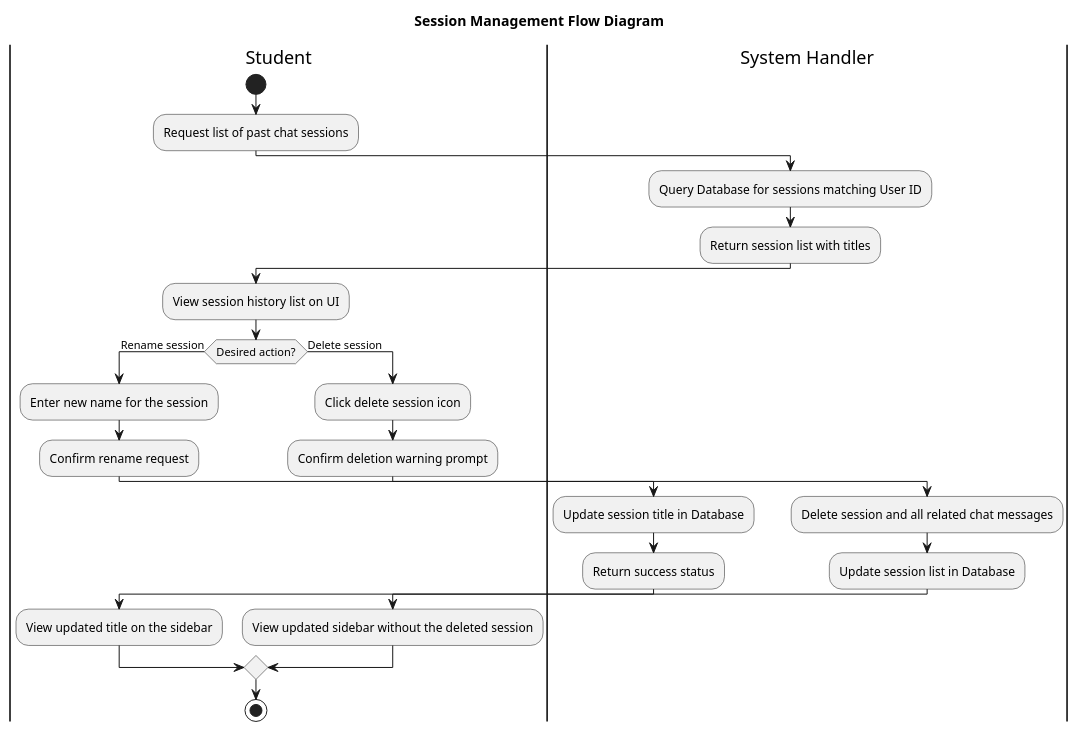
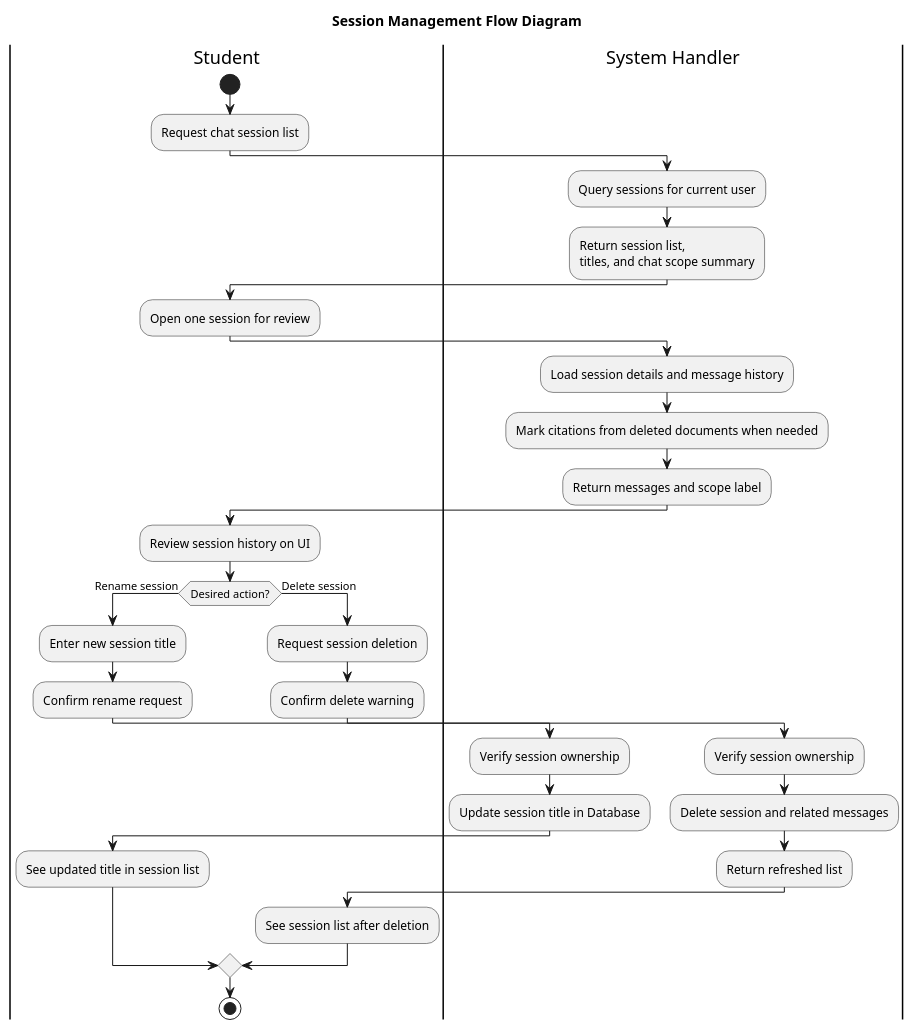
Before and after one commit to lgdlong/chatbot-rag-fptu: the diagram in docs/srs/flow-session-management.en.puml, drawn with PlantUML. The commit also changed 19 other files, not shown here.

```diff
--- a/docs/srs/flow-session-management.en.puml
+++ b/docs/srs/flow-session-management.en.puml
@@ -1,34 +1,42 @@
 @startuml
 title Session Management Flow Diagram
 
 |Student|
 start
-:Request list of past chat sessions;
+:Request chat session list;
 
 |System Handler|
-:Query Database for sessions matching User ID;
-:Return session list with titles;
+:Query sessions for current user;
+:Return session list,\ntitles, and chat scope summary;
 
 |Student|
-:View session history list on UI;
+:Open one session for review;
+
+|System Handler|
+:Load session details and message history;
+:Mark citations from deleted documents when needed;
+:Return messages and scope label;
+
+|Student|
+:Review session history on UI;
 if (Desired action?) then (Rename session)
-  :Enter new name for the session;
+  :Enter new session title;
   :Confirm rename request;
   |System Handler|
+  :Verify session ownership;
   :Update session title in Database;
-  :Return success status;
   |Student|
-  :View updated title on the sidebar;
+  :See updated title in session list;
 else (Delete session)
+  :Request session deletion;
+  :Confirm delete warning;
+  |System Handler|
+  :Verify session ownership;
+  :Delete session and related messages;
+  :Return refreshed list;
   |Student|
-  :Click delete session icon;
-  :Confirm deletion warning prompt;
-  |System Handler|
-  :Delete session and all related chat messages;
-  :Update session list in Database;
-  |Student|
-  :View updated sidebar without the deleted session;
+  :See session list after deletion;
 endif
 
 stop
 @enduml
```
